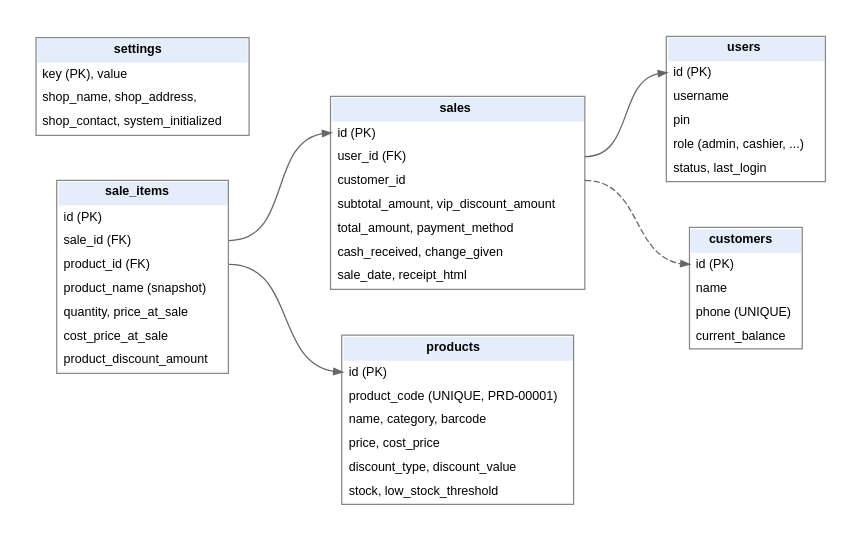
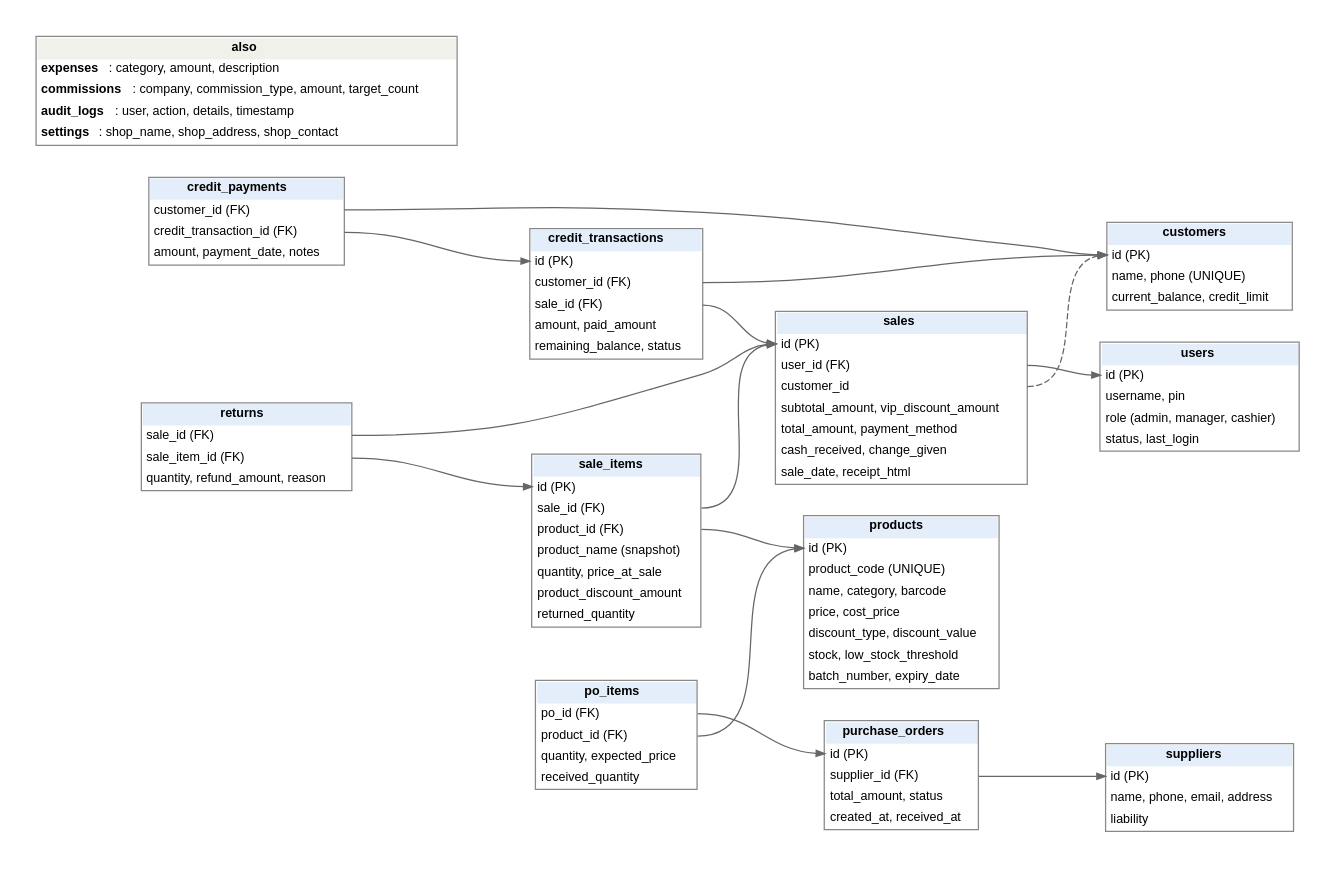
One commit to shoaib-javeed-05/my-local-shop-pos changed the diagram in docs/diagrams/src/data-model.dot. Above: the diagram before and after it, drawn with Graphviz. The commit also changed 28 other files, not shown here.

```diff
--- a/docs/diagrams/src/data-model.dot
+++ b/docs/diagrams/src/data-model.dot
@@ -1,63 +1,91 @@
-// My Local Shop: core SQLite tables behind checkout, inventory, customers, reporting and roles.
-// Columns are a subset of the real schema (database/db_manager.py, private repo).
+// My Local Shop: main SQLite tables (subset of columns) from database/db_manager.py in the private repo.
 // Dashed edge = column used as a link but not declared as a FOREIGN KEY.
+// Most tables also store the acting user (user_id / created_by_user_id); those edges are left out for readability.
 digraph data_model {
-  graph [rankdir=LR, fontname="Helvetica", fontsize=12, nodesep=0.5, ranksep=0.9, pad=0.3, bgcolor="white"];
+  graph [rankdir=LR, fontname="Helvetica", fontsize=12, nodesep=0.35, ranksep=0.8, pad=0.3, bgcolor="white"];
   node  [shape=plain, fontname="Helvetica", fontsize=10];
-  edge  [color="#666666", arrowsize=0.7, fontname="Helvetica", fontsize=9];
+  edge  [color="#666666", arrowsize=0.7];
 
-  users [label=<<table border="1" cellborder="0" cellspacing="0" cellpadding="4" color="#888888">
+  users [label=<<table border="1" cellborder="0" cellspacing="0" cellpadding="3" color="#888888">
     <tr><td bgcolor="#e4eefb"><b>users</b></td></tr>
-    <tr><td align="left" port="id">id (PK)</td></tr>
-    <tr><td align="left">username</td></tr>
-    <tr><td align="left">pin</td></tr>
-    <tr><td align="left">role (admin, cashier, ...)</td></tr>
-    <tr><td align="left">status, last_login</td></tr></table>>];
+    <tr><td align="left" port="id">id (PK)</td></tr><tr><td align="left">username, pin</td></tr>
+    <tr><td align="left">role (admin, manager, cashier)</td></tr><tr><td align="left">status, last_login</td></tr></table>>];
 
-  products [label=<<table border="1" cellborder="0" cellspacing="0" cellpadding="4" color="#888888">
+  products [label=<<table border="1" cellborder="0" cellspacing="0" cellpadding="3" color="#888888">
     <tr><td bgcolor="#e4eefb"><b>products</b></td></tr>
-    <tr><td align="left" port="id">id (PK)</td></tr>
-    <tr><td align="left">product_code (UNIQUE, PRD-00001)</td></tr>
-    <tr><td align="left">name, category, barcode</td></tr>
-    <tr><td align="left">price, cost_price</td></tr>
-    <tr><td align="left">discount_type, discount_value</td></tr>
-    <tr><td align="left">stock, low_stock_threshold</td></tr></table>>];
+    <tr><td align="left" port="id">id (PK)</td></tr><tr><td align="left">product_code (UNIQUE)</td></tr>
+    <tr><td align="left">name, category, barcode</td></tr><tr><td align="left">price, cost_price</td></tr>
+    <tr><td align="left">discount_type, discount_value</td></tr><tr><td align="left">stock, low_stock_threshold</td></tr>
+    <tr><td align="left">batch_number, expiry_date</td></tr></table>>];
 
-  customers [label=<<table border="1" cellborder="0" cellspacing="0" cellpadding="4" color="#888888">
+  customers [label=<<table border="1" cellborder="0" cellspacing="0" cellpadding="3" color="#888888">
     <tr><td bgcolor="#e4eefb"><b>customers</b></td></tr>
-    <tr><td align="left" port="id">id (PK)</td></tr>
-    <tr><td align="left">name</td></tr>
-    <tr><td align="left">phone (UNIQUE)</td></tr>
-    <tr><td align="left">current_balance</td></tr></table>>];
+    <tr><td align="left" port="id">id (PK)</td></tr><tr><td align="left">name, phone (UNIQUE)</td></tr>
+    <tr><td align="left">current_balance, credit_limit</td></tr></table>>];
 
-  sales [label=<<table border="1" cellborder="0" cellspacing="0" cellpadding="4" color="#888888">
+  sales [label=<<table border="1" cellborder="0" cellspacing="0" cellpadding="3" color="#888888">
     <tr><td bgcolor="#e4eefb"><b>sales</b></td></tr>
-    <tr><td align="left" port="id">id (PK)</td></tr>
-    <tr><td align="left" port="user">user_id (FK)</td></tr>
-    <tr><td align="left" port="cust">customer_id</td></tr>
-    <tr><td align="left">subtotal_amount, vip_discount_amount</td></tr>
-    <tr><td align="left">total_amount, payment_method</td></tr>
-    <tr><td align="left">cash_received, change_given</td></tr>
+    <tr><td align="left" port="id">id (PK)</td></tr><tr><td align="left" port="user">user_id (FK)</td></tr>
+    <tr><td align="left" port="cust">customer_id</td></tr><tr><td align="left">subtotal_amount, vip_discount_amount</td></tr>
+    <tr><td align="left">total_amount, payment_method</td></tr><tr><td align="left">cash_received, change_given</td></tr>
     <tr><td align="left">sale_date, receipt_html</td></tr></table>>];
 
-  sale_items [label=<<table border="1" cellborder="0" cellspacing="0" cellpadding="4" color="#888888">
+  sale_items [label=<<table border="1" cellborder="0" cellspacing="0" cellpadding="3" color="#888888">
     <tr><td bgcolor="#e4eefb"><b>sale_items</b></td></tr>
-    <tr><td align="left">id (PK)</td></tr>
-    <tr><td align="left" port="sale">sale_id (FK)</td></tr>
-    <tr><td align="left" port="prod">product_id (FK)</td></tr>
-    <tr><td align="left">product_name (snapshot)</td></tr>
-    <tr><td align="left">quantity, price_at_sale</td></tr>
-    <tr><td align="left">cost_price_at_sale</td></tr>
-    <tr><td align="left">product_discount_amount</td></tr></table>>];
+    <tr><td align="left" port="id">id (PK)</td></tr><tr><td align="left" port="sale">sale_id (FK)</td></tr>
+    <tr><td align="left" port="prod">product_id (FK)</td></tr><tr><td align="left">product_name (snapshot)</td></tr>
+    <tr><td align="left">quantity, price_at_sale</td></tr><tr><td align="left">product_discount_amount</td></tr>
+    <tr><td align="left">returned_quantity</td></tr></table>>];
 
-  settings [label=<<table border="1" cellborder="0" cellspacing="0" cellpadding="4" color="#888888">
-    <tr><td bgcolor="#e4eefb"><b>settings</b></td></tr>
-    <tr><td align="left">key (PK), value</td></tr>
-    <tr><td align="left">shop_name, shop_address,</td></tr>
-    <tr><td align="left">shop_contact, system_initialized</td></tr></table>>];
+  returns [label=<<table border="1" cellborder="0" cellspacing="0" cellpadding="3" color="#888888">
+    <tr><td bgcolor="#e4eefb"><b>returns</b></td></tr>
+    <tr><td align="left" port="sale">sale_id (FK)</td></tr><tr><td align="left" port="item">sale_item_id (FK)</td></tr>
+    <tr><td align="left">quantity, refund_amount, reason</td></tr></table>>];
+
+  credit_tx [label=<<table border="1" cellborder="0" cellspacing="0" cellpadding="3" color="#888888">
+    <tr><td bgcolor="#e4eefb"><b>credit_transactions</b></td></tr>
+    <tr><td align="left" port="id">id (PK)</td></tr><tr><td align="left" port="cust">customer_id (FK)</td></tr>
+    <tr><td align="left" port="sale">sale_id (FK)</td></tr><tr><td align="left">amount, paid_amount</td></tr>
+    <tr><td align="left">remaining_balance, status</td></tr></table>>];
+
+  credit_pay [label=<<table border="1" cellborder="0" cellspacing="0" cellpadding="3" color="#888888">
+    <tr><td bgcolor="#e4eefb"><b>credit_payments</b></td></tr>
+    <tr><td align="left" port="cust">customer_id (FK)</td></tr><tr><td align="left" port="tx">credit_transaction_id (FK)</td></tr>
+    <tr><td align="left">amount, payment_date, notes</td></tr></table>>];
+
+  suppliers [label=<<table border="1" cellborder="0" cellspacing="0" cellpadding="3" color="#888888">
+    <tr><td bgcolor="#e4eefb"><b>suppliers</b></td></tr>
+    <tr><td align="left" port="id">id (PK)</td></tr><tr><td align="left">name, phone, email, address</td></tr>
+    <tr><td align="left">liability</td></tr></table>>];
+
+  po [label=<<table border="1" cellborder="0" cellspacing="0" cellpadding="3" color="#888888">
+    <tr><td bgcolor="#e4eefb"><b>purchase_orders</b></td></tr>
+    <tr><td align="left" port="id">id (PK)</td></tr><tr><td align="left" port="sup">supplier_id (FK)</td></tr>
+    <tr><td align="left">total_amount, status</td></tr><tr><td align="left">created_at, received_at</td></tr></table>>];
+
+  po_items [label=<<table border="1" cellborder="0" cellspacing="0" cellpadding="3" color="#888888">
+    <tr><td bgcolor="#e4eefb"><b>po_items</b></td></tr>
+    <tr><td align="left" port="po">po_id (FK)</td></tr><tr><td align="left" port="prod">product_id (FK)</td></tr>
+    <tr><td align="left">quantity, expected_price</td></tr><tr><td align="left">received_quantity</td></tr></table>>];
+
+  other [label=<<table border="1" cellborder="0" cellspacing="0" cellpadding="3" color="#888888">
+    <tr><td bgcolor="#f1f1ec"><b>also</b></td></tr>
+    <tr><td align="left"><b>expenses</b>: category, amount, description</td></tr>
+    <tr><td align="left"><b>commissions</b>: company, commission_type, amount, target_count</td></tr>
+    <tr><td align="left"><b>audit_logs</b>: user, action, details, timestamp</td></tr>
+    <tr><td align="left"><b>settings</b>: shop_name, shop_address, shop_contact</td></tr></table>>];
 
   sales:user -> users:id;
   sales:cust -> customers:id [style=dashed];
   sale_items:sale -> sales:id;
   sale_items:prod -> products:id;
+  returns:sale -> sales:id;
+  returns:item -> sale_items:id;
+  credit_tx:cust -> customers:id;
+  credit_tx:sale -> sales:id;
+  credit_pay:cust -> customers:id;
+  credit_pay:tx -> credit_tx:id;
+  po:sup -> suppliers:id;
+  po_items:po -> po:id;
+  po_items:prod -> products:id;
 }
```
